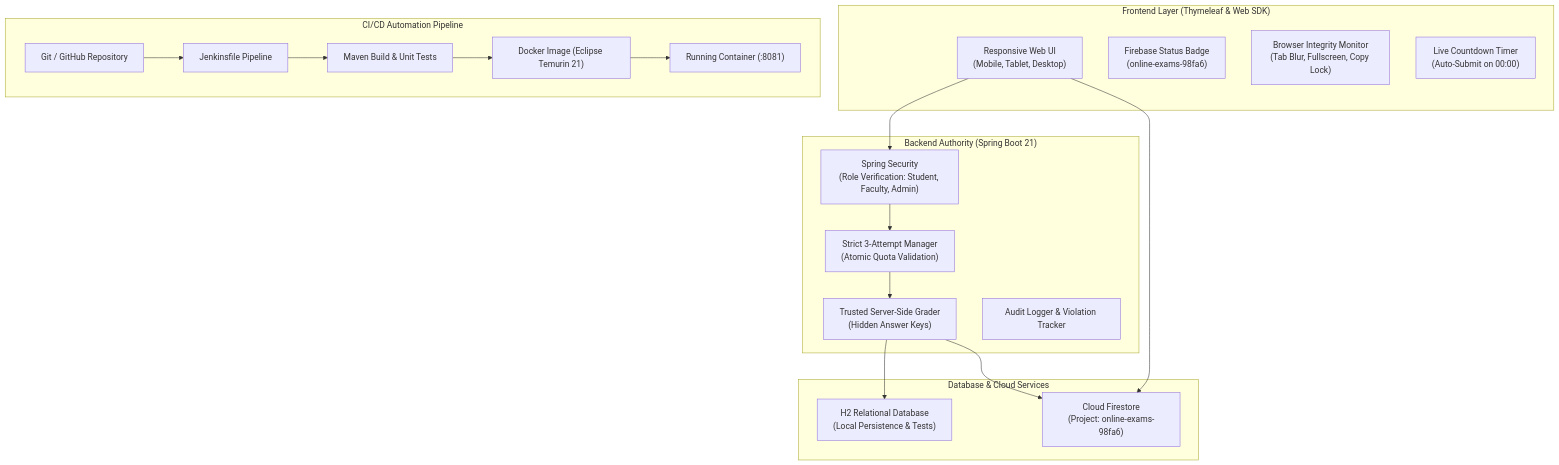
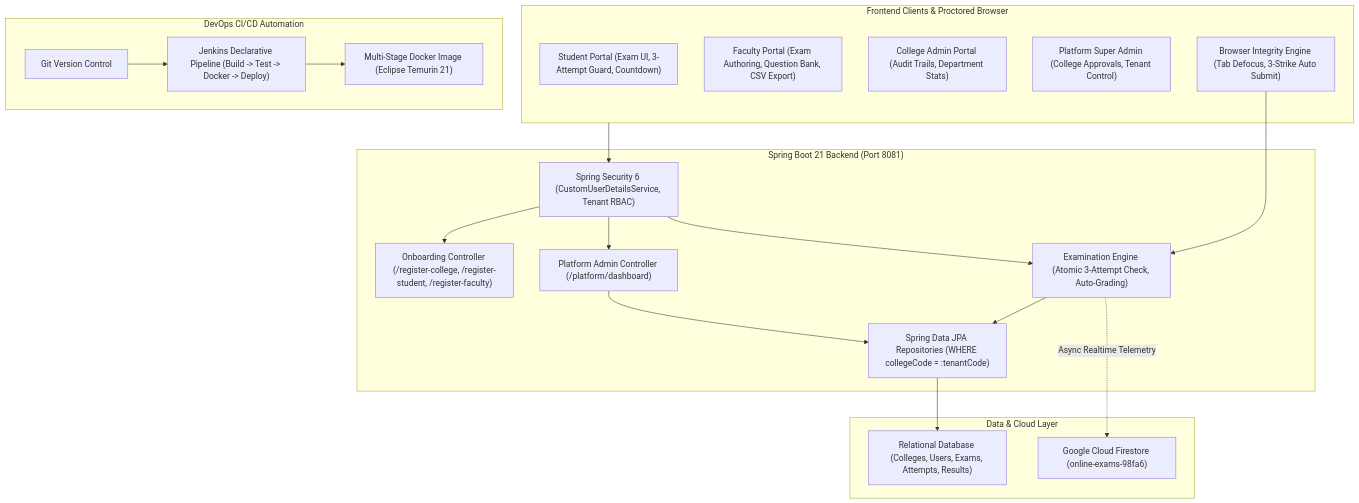
One commit to kesanikrishnakarthik/Online-Exam-System changed the first of 2 diagrams in README.md. Above: the diagram before and after it, drawn with Mermaid. The commit also changed other lines of this file and 46 other files, not shown here.

Commit message:
Feat: Multi-College Online Examination System with tenant isolation, onboarding workflows, roll-number auth, 3-attempt guard, anti-cheating monitor, and automated DevOps CI/CD

````diff
--- a/README.md
+++ b/README.md
@@ -64,35 +39,40 @@
 ```mermaid
 flowchart TD
-    subgraph Client["Frontend Layer (Thymeleaf & Web SDK)"]
-        UI["Responsive Web UI\n(Mobile, Tablet, Desktop)"]
-        FS_Badge["Firebase Status Badge\n(online-exams-98fa6)"]
-        Integrity["Browser Integrity Monitor\n(Tab Blur, Fullscreen, Copy Lock)"]
-        Timer["Live Countdown Timer\n(Auto-Submit on 00:00)"]
+    subgraph Clients["Frontend Clients & Proctored Browser"]
+        StudentUI["Student Portal (Exam UI, 3-Attempt Guard, Countdown)"]
+        FacultyUI["Faculty Portal (Exam Authoring, Question Bank, CSV Export)"]
+        AdminUI["College Admin Portal (Audit Trails, Department Stats)"]
+        PlatformUI["Platform Super Admin (College Approvals, Tenant Control)"]
+        Proctor["Browser Integrity Engine (Tab Defocus, 3-Strike Auto Submit)"]
     end
 
-    subgraph Server["Backend Authority (Spring Boot 21)"]
-        Sec["Spring Security\n(Role Verification: Student, Faculty, Admin)"]
-        AttemptMgr["Strict 3-Attempt Manager\n(Atomic Quota Validation)"]
-        Grader["Trusted Server-Side Grader\n(Hidden Answer Keys)"]
-        Audit["Audit Logger & Violation Tracker"]
+    subgraph Backend["Spring Boot 21 Backend (Port 8081)"]
+        Sec["Spring Security 6 (CustomUserDetailsService, Tenant RBAC)"]
+        Onboard["Onboarding Controller (/register-college, /register-student, /register-faculty)"]
+        ExamEngine["Examination Engine (Atomic 3-Attempt Check, Auto-Grading)"]
+        PlatformCtrl["Platform Admin Controller (/platform/dashboard)"]
+        Repo["Spring Data JPA Repositories (WHERE collegeCode = :tenantCode)"]
     end
 
-    subgraph Cloud["Database & Cloud Services"]
-        H2["H2 Relational Database\n(Local Persistence & Tests)"]
-        Firestore["Cloud Firestore\n(Project: online-exams-98fa6)"]
+    subgraph Data["Data & Cloud Layer"]
+        H2["Relational Database (Colleges, Users, Exams, Attempts, Results)"]
+        Firebase["Google Cloud Firestore (online-exams-98fa6)"]
     end
 
-    subgraph DevOps["CI/CD Automation Pipeline"]
-        Git["Git / GitHub Repository"] --> Jenkins["Jenkinsfile Pipeline"]
-        Jenkins --> Maven["Maven Build & Unit Tests"]
-        Maven --> Docker["Docker Image (Eclipse Temurin 21)"]
-        Docker --> Container["Running Container (:8081)"]
+    subgraph DevOps["DevOps CI/CD Automation"]
+        Git["Git Version Control"]
+        Jenkins["Jenkins Declarative Pipeline (Build -> Test -> Docker -> Deploy)"]
+        Docker["Multi-Stage Docker Image (Eclipse Temurin 21)"]
     end
 
-    UI --> Sec
-    UI --> Firestore
-    Sec --> AttemptMgr
-    AttemptMgr --> Grader
-    Grader --> H2
-    Grader --> Firestore
+    Clients --> Sec
+    Proctor --> ExamEngine
+    Sec --> Onboard
+    Sec --> PlatformCtrl
+    Sec --> ExamEngine
+    ExamEngine --> Repo
+    PlatformCtrl --> Repo
+    Repo --> H2
+    ExamEngine -.->|Async Realtime Telemetry| Firebase
+    Git --> Jenkins --> Docker
 ```
````
